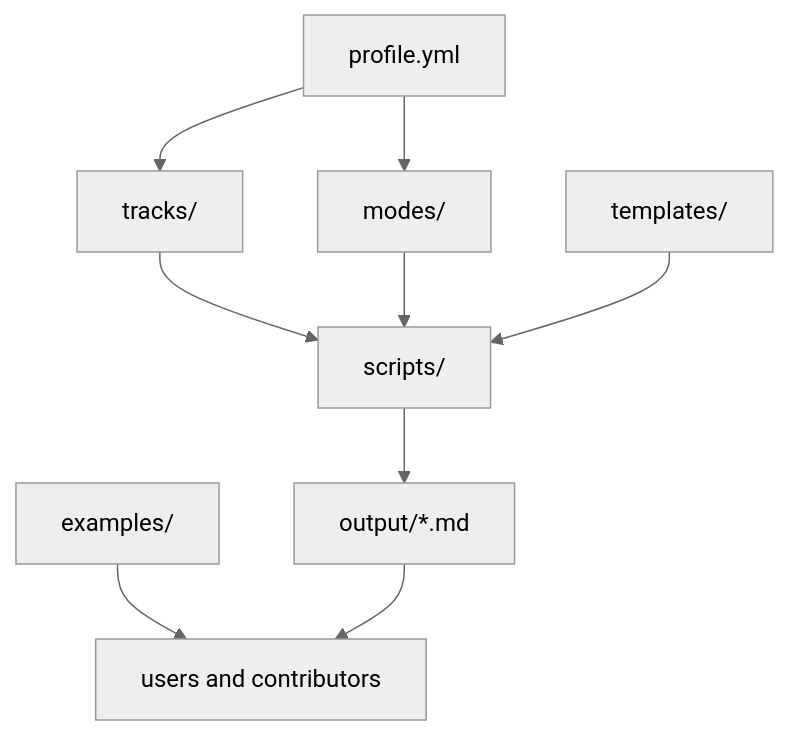
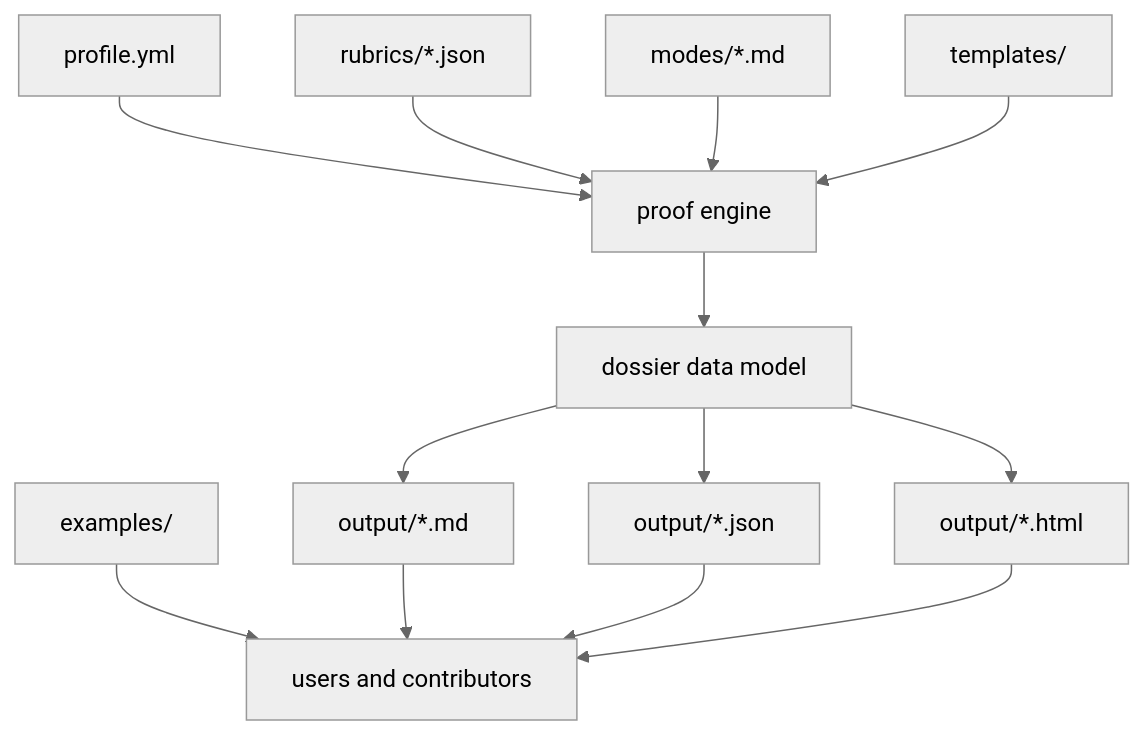
One commit to AnkitParekh007/occupation-ops changed the diagram in docs/ARCHITECTURE.md. Above: the diagram before and after it, drawn with Mermaid (neutral theme). The commit also changed other lines of this file and 10 other files, not shown here.

````diff
--- a/docs/ARCHITECTURE.md
+++ b/docs/ARCHITECTURE.md
@@ -7,11 +9,15 @@
 ```mermaid
 flowchart TD
-    Profile["profile.yml"] --> Tracks["tracks/"]
-    Profile --> Modes["modes/"]
-    Tracks --> Scripts["scripts/"]
-    Modes --> Scripts
-    Scripts --> Output["output/*.md"]
-    Templates["templates/"] --> Scripts
+    Profile["profile.yml"] --> Engine["proof engine"]
+    Rubrics["rubrics/*.json"] --> Engine
+    Modes["modes/*.md"] --> Engine
+    Engine --> Dossier["dossier data model"]
+    Dossier --> Markdown["output/*.md"]
+    Dossier --> Json["output/*.json"]
+    Dossier --> Html["output/*.html"]
+    Templates["templates/"] --> Engine
     Examples["examples/"] --> Users["users and contributors"]
-    Output --> Users
+    Markdown --> Users
+    Json --> Users
+    Html --> Users
 ```
````
